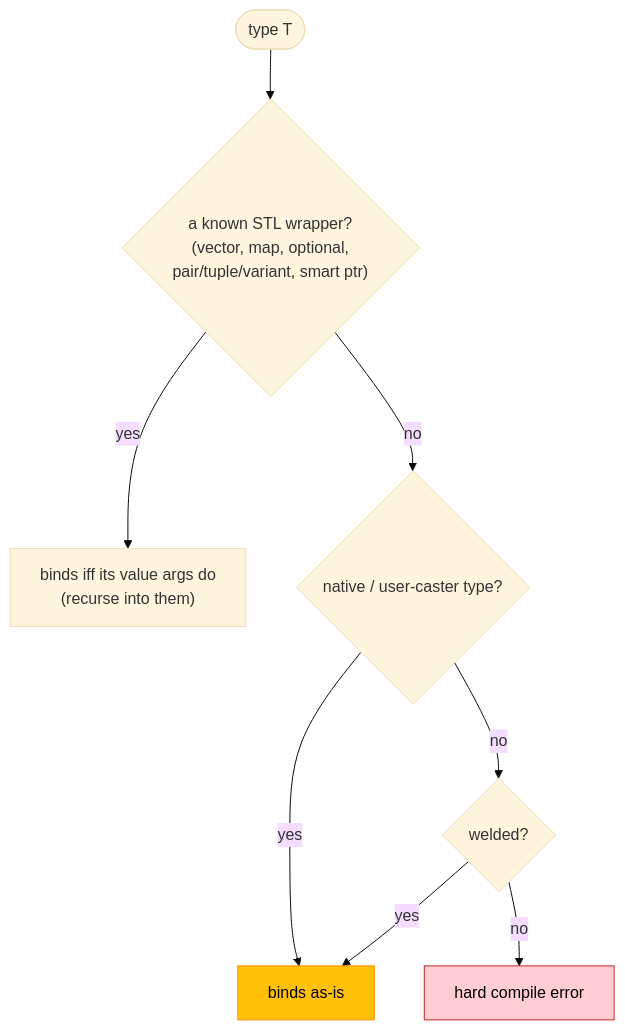
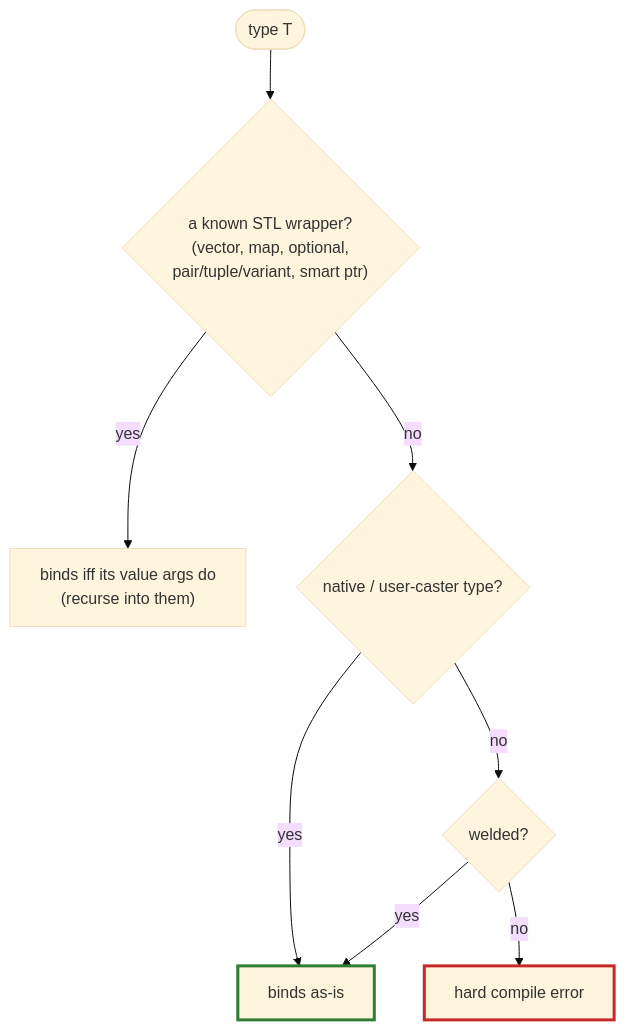
One commit to skarndev/welder changed the diagram in docs/content/guide/bindability.md. Above: the diagram before and after it, drawn with Mermaid (base theme). The commit also changed 6 other files, not shown here.

First line of the commit message:
docs: serve the C++ reference (no 404) and fix dark-theme diagram contrast

````diff
--- a/docs/content/guide/bindability.md
+++ b/docs/content/guide/bindability.md
@@ -35,12 +35,12 @@
 ```mermaid
 flowchart TD
     T([type T]) --> W{"a known STL wrapper?<br/>(vector, map, optional,<br/>pair/tuple/variant, smart ptr)"}
     W -- yes --> R["binds iff its value args do<br/>(recurse into them)"]
     W -- no --> C{"native / user-caster type?"}
     C -- yes --> OK[binds as-is]
     C -- no --> N{"welded?"}
     N -- yes --> OK
     N -- no --> ERR["hard compile error"]
-    style OK fill:#ffc107,stroke:#ff8f00,color:#000
-    style ERR fill:#ffcdd2,stroke:#c62828,color:#000
+    style OK stroke:#2e7d32,stroke-width:3px
+    style ERR stroke:#c62828,stroke-width:3px
 ```
````
